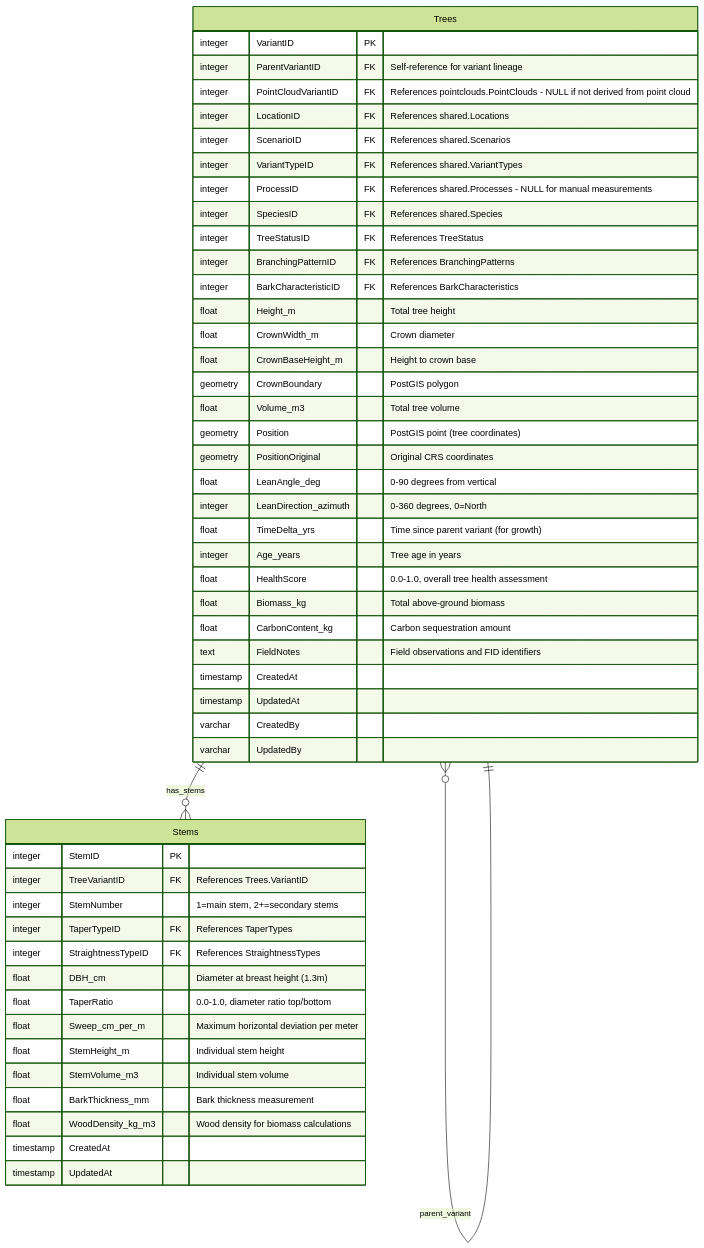
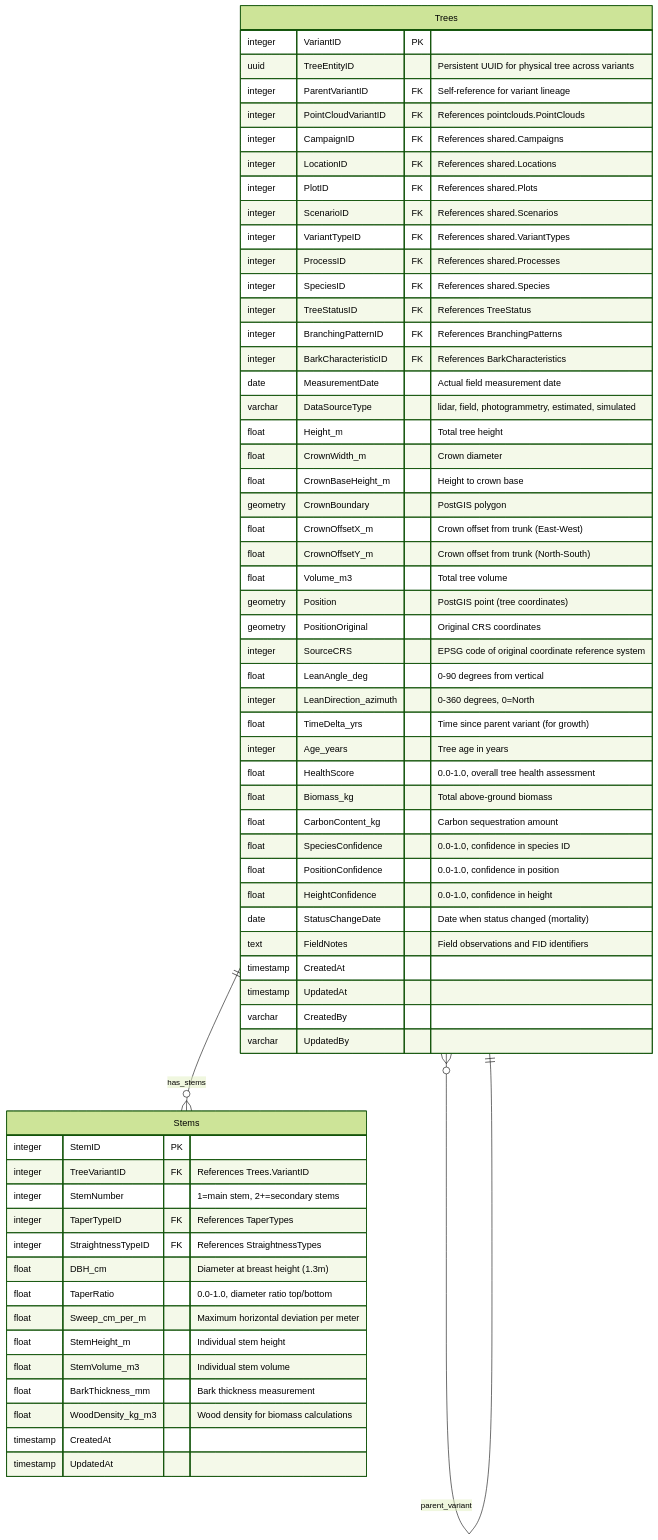
Diagram 14 of 20 in docs/database-schema.md (XRFutureForests/digital-twin-db), drawn with Mermaid (forest theme) before and after one commit. The commit also changed other lines of this file and 25 other files, not shown here.

Commit message:
feat: Add Campaigns table for data collection events and enhance Trees schema with new measurement fields

````diff
--- a/docs/database-schema.md
+++ b/docs/database-schema.md
@@ -414,55 +614,67 @@
 ```mermaid
 erDiagram
     Trees {
         integer VariantID PK
+        uuid TreeEntityID "Persistent UUID for physical tree across variants"
         integer ParentVariantID FK "Self-reference for variant lineage"
-        integer PointCloudVariantID FK "References pointclouds.PointClouds - NULL if not derived from point cloud"
+        integer PointCloudVariantID FK "References pointclouds.PointClouds"
+        integer CampaignID FK "References shared.Campaigns"
         integer LocationID FK "References shared.Locations"
+        integer PlotID FK "References shared.Plots"
         integer ScenarioID FK "References shared.Scenarios"
         integer VariantTypeID FK "References shared.VariantTypes"
-        integer ProcessID FK "References shared.Processes - NULL for manual measurements"
+        integer ProcessID FK "References shared.Processes"
         integer SpeciesID FK "References shared.Species"
         integer TreeStatusID FK "References TreeStatus"
         integer BranchingPatternID FK "References BranchingPatterns"
         integer BarkCharacteristicID FK "References BarkCharacteristics"
+        date MeasurementDate "Actual field measurement date"
+        varchar DataSourceType "lidar, field, photogrammetry, estimated, simulated"
         float Height_m "Total tree height"
         float CrownWidth_m "Crown diameter"
         float CrownBaseHeight_m "Height to crown base"
         geometry CrownBoundary "PostGIS polygon"
+        float CrownOffsetX_m "Crown offset from trunk (East-West)"
+        float CrownOffsetY_m "Crown offset from trunk (North-South)"
         float Volume_m3 "Total tree volume"
         geometry Position "PostGIS point (tree coordinates)"
         geometry PositionOriginal "Original CRS coordinates"
+        integer SourceCRS "EPSG code of original coordinate reference system"
         float LeanAngle_deg "0-90 degrees from vertical"
         integer LeanDirection_azimuth "0-360 degrees, 0=North"
         float TimeDelta_yrs "Time since parent variant (for growth)"
         integer Age_years "Tree age in years"
         float HealthScore "0.0-1.0, overall tree health assessment"
         float Biomass_kg "Total above-ground biomass"
         float CarbonContent_kg "Carbon sequestration amount"
+        float SpeciesConfidence "0.0-1.0, confidence in species ID"
+        float PositionConfidence "0.0-1.0, confidence in position"
+        float HeightConfidence "0.0-1.0, confidence in height"
+        date StatusChangeDate "Date when status changed (mortality)"
         text FieldNotes "Field observations and FID identifiers"
         timestamp CreatedAt
         timestamp UpdatedAt
         varchar CreatedBy
         varchar UpdatedBy
     }
 
     Stems {
         integer StemID PK
         integer TreeVariantID FK "References Trees.VariantID"
         integer StemNumber "1=main stem, 2+=secondary stems"
         integer TaperTypeID FK "References TaperTypes"
         integer StraightnessTypeID FK "References StraightnessTypes"
         float DBH_cm "Diameter at breast height (1.3m)"
         float TaperRatio "0.0-1.0, diameter ratio top/bottom"
         float Sweep_cm_per_m "Maximum horizontal deviation per meter"
         float StemHeight_m "Individual stem height"
         float StemVolume_m3 "Individual stem volume"
         float BarkThickness_mm "Bark thickness measurement"
         float WoodDensity_kg_m3 "Wood density for biomass calculations"
         timestamp CreatedAt
         timestamp UpdatedAt
     }
 
     Trees ||--o{ Stems : "has_stems"
     Trees }o--|| Trees : "parent_variant"
 ```
````
